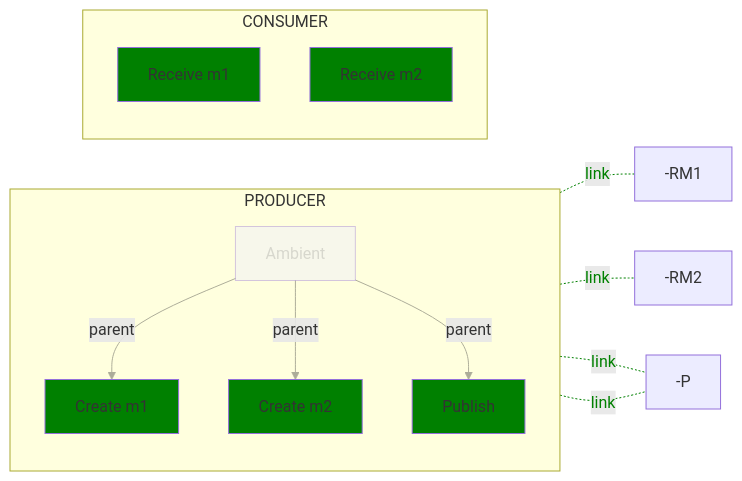
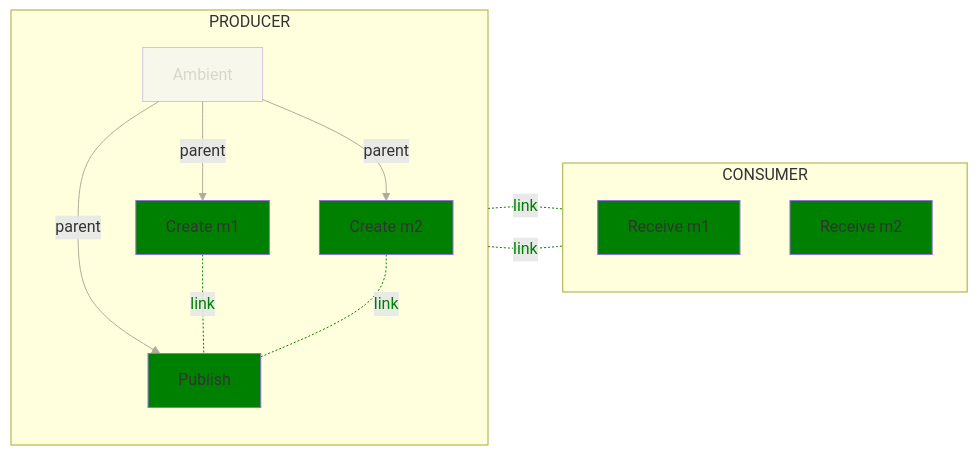
The eighth of 12 diagrams in text/trace/0220-messaging-semantic-conventions-span-structure.md (open-telemetry/oteps), drawn with Mermaid before and after one commit. The commit also changed other lines of this file, not shown here.

Commit message:
Fix diagrams

````diff
--- a/text/trace/0220-messaging-semantic-conventions-span-structure.md
+++ b/text/trace/0220-messaging-semantic-conventions-span-structure.md
@@ -484,25 +484,25 @@
 ```mermaid
 flowchart LR;
   subgraph PRODUCER
   direction TB
   A[Ambient]-- parent -->CM1[Create m1]
   A-- parent -->CM2[Create m2]
   A-- parent -->P[Publish]
   end
   subgraph CONSUMER
   direction TB
   RM1[Receive m1]
   RM2[Receive m2]
   end
-  CM1-. link .--RM1;
-  CM2-. link .--RM2;
-  CM1-. link .--P;
-  CM2-. link .--P;
+  CM1-. link .-RM1;
+  CM2-. link .-RM2;
+  CM1-. link .-P;
+  CM2-. link .-P;
 
   classDef normal fill:green
   class CM1,CM2,P,RM1,RM2 normal
   classDef additional opacity:0.4
   class A additional
   linkStyle 0,1,2 opacity:0.4
   linkStyle 3,4,5,6 color:green,stroke:green
 ```
````
